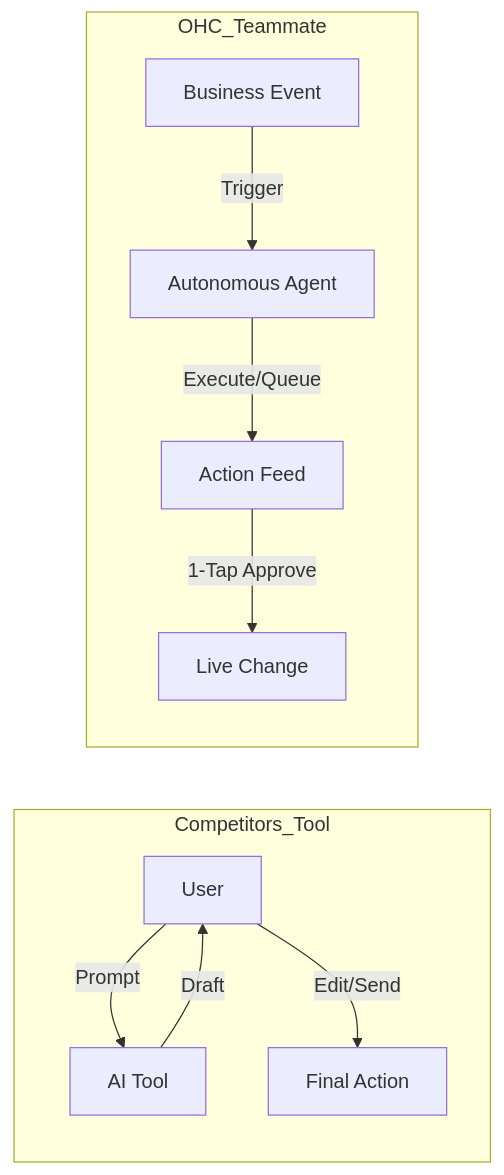
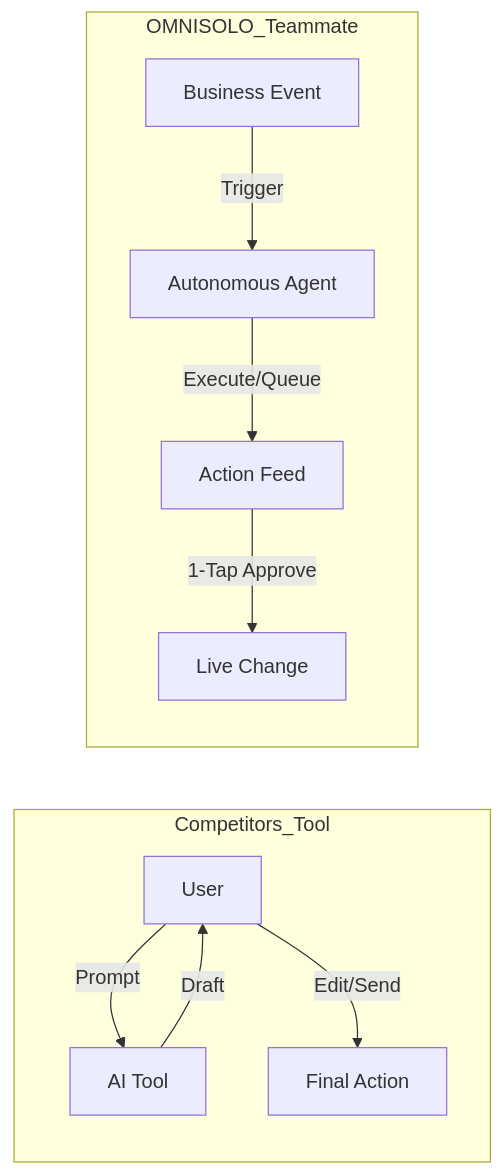
One commit to omnisolo-llc/onehumancorp changed the first of 2 diagrams in docs/research/premium_research_doc_smb_platform.md. Above: the diagram before and after it, drawn with Mermaid. The commit also changed other lines of this file and 2191 other files, not shown here.

````diff
--- a/docs/research/premium_research_doc_smb_platform.md
+++ b/docs/research/premium_research_doc_smb_platform.md
@@ -30,14 +30,14 @@
 ```mermaid
 graph LR
     subgraph Competitors_Tool
     User[User] -->|Prompt| AI_Tool[AI Tool]
     AI_Tool -->|Draft| User
     User -->|Edit/Send| Action[Final Action]
     end
 
-    subgraph OHC_Teammate
+    subgraph OMNISOLO_Teammate
     Event[Business Event] -->|Trigger| Agent[Autonomous Agent]
     Agent -->|Execute/Queue| Dashboard[Action Feed]
     Dashboard -->|1-Tap Approve| Live[Live Change]
     end
 ```
````
